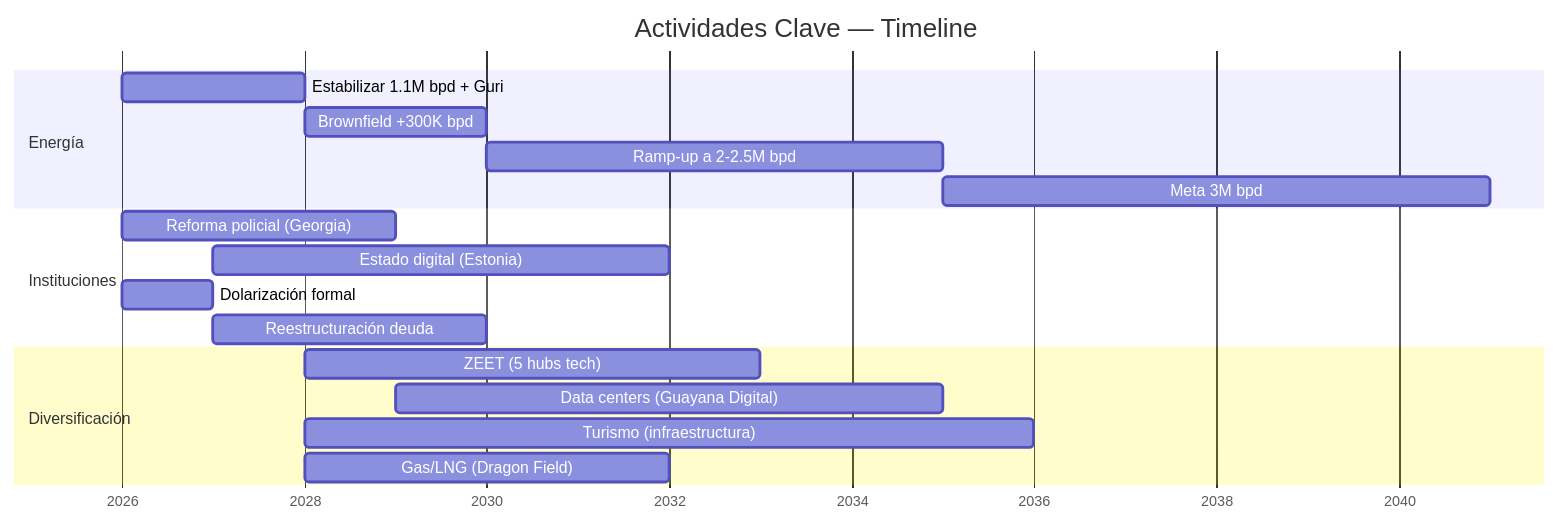
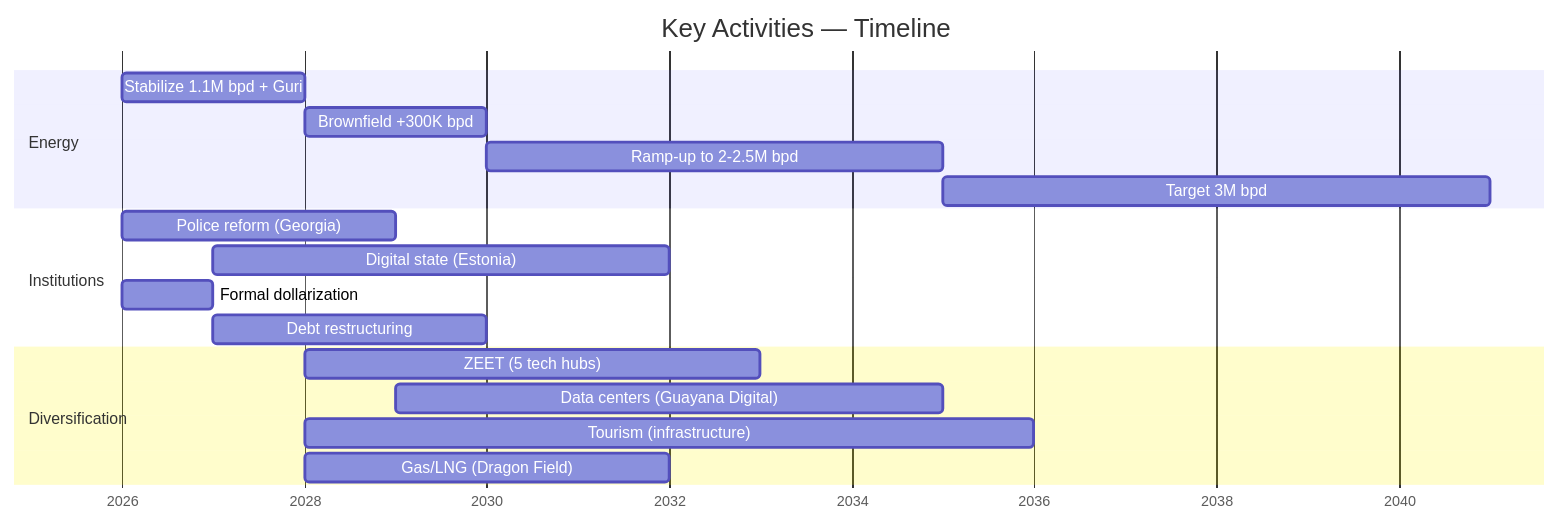
The third of 4 diagrams in i18n/en/docusaurus-plugin-content-docs/current/08-pitch/business-model-canvas.md (Venezuela-S-A/venezuela-sa), drawn with Mermaid before and after one commit. The commit also changed other lines of this file and 127 other files, not shown here.

````diff
--- a/i18n/en/docusaurus-plugin-content-docs/current/08-pitch/business-model-canvas.md
+++ b/i18n/en/docusaurus-plugin-content-docs/current/08-pitch/business-model-canvas.md
@@ -179,24 +179,24 @@
 ```mermaid
 gantt
-    title Actividades Clave — Timeline
+    title Key Activities — Timeline
     dateFormat YYYY
     axisFormat %Y
 
-    section Energía
-    Estabilizar 1.1M bpd + Guri       :2026, 2028
+    section Energy
+    Stabilize 1.1M bpd + Guri         :2026, 2028
     Brownfield +300K bpd               :2028, 2030
-    Ramp-up a 2-2.5M bpd              :2030, 2035
-    Meta 3M bpd                        :2035, 2041
+    Ramp-up to 2-2.5M bpd             :2030, 2035
+    Target 3M bpd                      :2035, 2041
 
-    section Instituciones
-    Reforma policial (Georgia)         :2026, 2029
-    Estado digital (Estonia)           :2027, 2032
-    Dolarización formal                :2026, 2027
-    Reestructuración deuda             :2027, 2030
+    section Institutions
+    Police reform (Georgia)            :2026, 2029
+    Digital state (Estonia)            :2027, 2032
+    Formal dollarization               :2026, 2027
+    Debt restructuring                 :2027, 2030
 
-    section Diversificación
-    ZEET (5 hubs tech)                 :2028, 2033
+    section Diversification
+    ZEET (5 tech hubs)                 :2028, 2033
     Data centers (Guayana Digital)     :2029, 2035
-    Turismo (infraestructura)          :2028, 2036
+    Tourism (infrastructure)           :2028, 2036
     Gas/LNG (Dragon Field)             :2028, 2032
 ```
````
